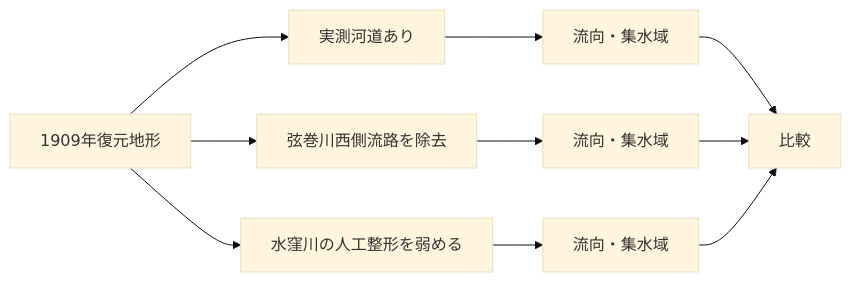
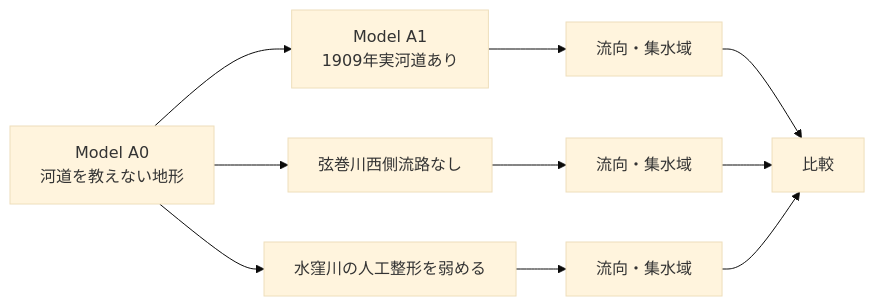
The second of 2 diagrams in docs/historical-terrain-and-flow-simulation-plan.md (yuubinnkyoku/otowa-ankyoscape), drawn with Mermaid (base theme) before and after one commit. The commit also changed other lines of this file, not shown here.

Commit message:
Refine historical terrain and flow simulation methodology

````diff
--- a/docs/historical-terrain-and-flow-simulation-plan.md
+++ b/docs/historical-terrain-and-flow-simulation-plan.md
@@ -359,14 +496,14 @@
 ```mermaid
 flowchart LR
-    A[1909年復元地形] --> B[実測河道あり]
-    A --> C[弦巻川西側流路を除去]
+    A[Model A0<br/>河道を教えない地形] --> B[Model A1<br/>1909年実河道あり]
+    A --> C[弦巻川西側流路なし]
     A --> D[水窪川の人工整形を弱める]
 
     B --> E[流向・集水域]
     C --> F[流向・集水域]
     D --> G[流向・集水域]
 
     E --> H[比較]
     F --> H
     G --> H
 ```
````
